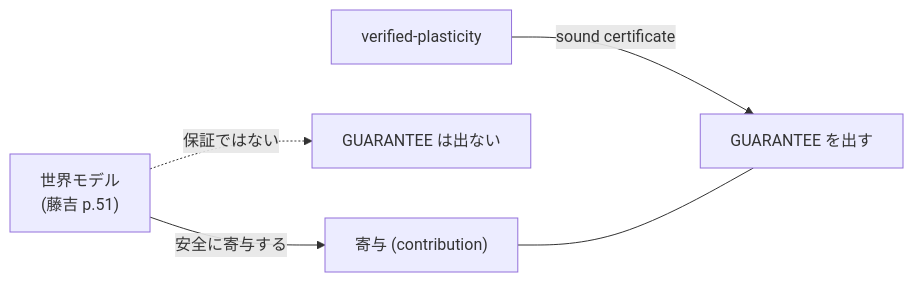
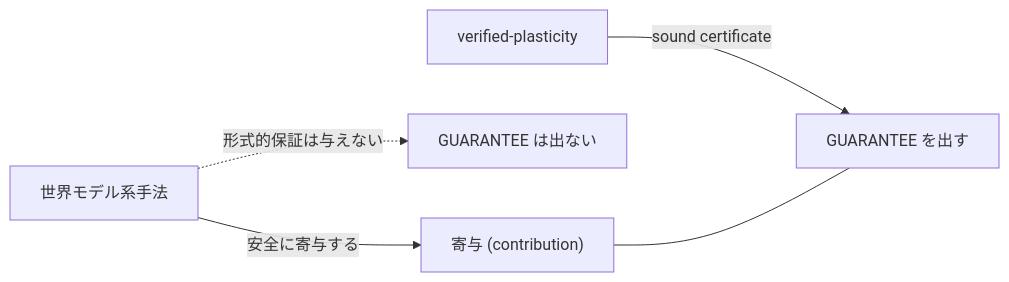
The third of 3 diagrams in docs/articles/drafts/QIITA_#41_verified_plasticity_langton_ant_meta.md (furuse-kazufumi/fullsense), drawn with Mermaid before and after one commit. The commit also changed other lines of this file and 1 other file, not shown here.

````diff
--- a/docs/articles/drafts/QIITA_#41_verified_plasticity_langton_ant_meta.md
+++ b/docs/articles/drafts/QIITA_#41_verified_plasticity_langton_ant_meta.md
@@ -295,7 +295,7 @@
 ```mermaid
 flowchart LR
-  W["世界モデル<br/>(藤吉 p.51)"] -->|安全に寄与する| X["寄与 (contribution)"]
-  W -.->|保証ではない| Y1["GUARANTEE は出ない"]
+  W["世界モデル系手法"] -->|安全に寄与する| X["寄与 (contribution)"]
+  W -.->|形式的保証は与えない| Y1["GUARANTEE は出ない"]
   V["verified-plasticity"] -->|sound certificate| Y2["GUARANTEE を出す"]
   X --- Y2
 ```
````
